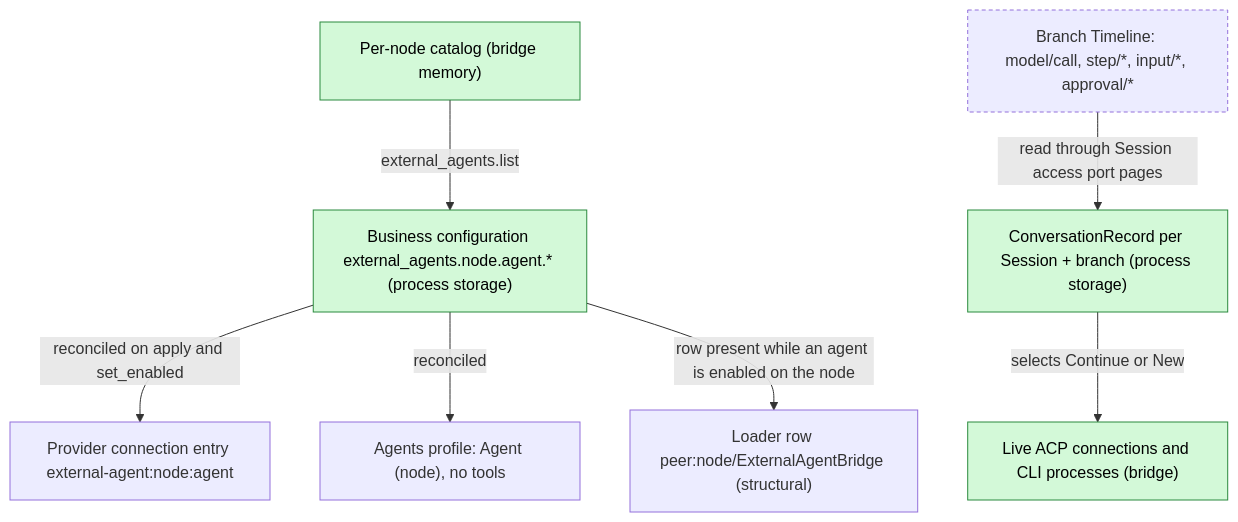
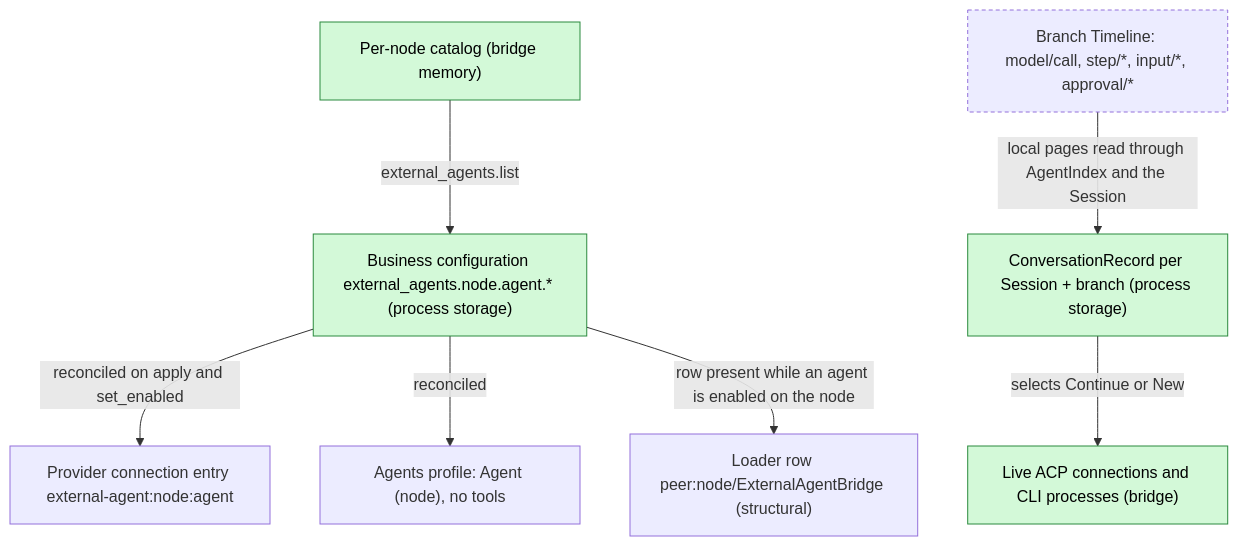
The second of 5 diagrams in docs/design/plugins/ExternalAgent.md (CoutinhoTTS/dim-agent), drawn with Mermaid before and after one commit. The commit also changed other lines of this file and 3 other files, not shown here.

````diff
--- a/docs/design/plugins/ExternalAgent.md
+++ b/docs/design/plugins/ExternalAgent.md
@@ -60,19 +56,19 @@
 ```mermaid
 flowchart TB
   classDef new fill:#d3f9d8,stroke:#2b8a3e,color:#000
   classDef contract stroke-dasharray:4 3
   Cfg["Business configuration external_agents.node.agent.* (process storage)"]:::new
   Row["Loader row peer:node/ExternalAgentBridge (structural)"]
   Conn["Provider connection entry external-agent:node:agent"]
   Prof["Agents profile: Agent (node), no tools"]
   Rec["ConversationRecord per Session + branch (process storage)"]:::new
   Cat["Per-node catalog (bridge memory)"]:::new
   Live["Live ACP connections and CLI processes (bridge)"]:::new
   TL["Branch Timeline: model/call, step/*, input/*, approval/*"]:::contract
   Cfg -->|"reconciled on apply and set_enabled"| Conn
   Cfg -->|"reconciled"| Prof
   Cfg -->|"row present while an agent is enabled on the node"| Row
-  TL -->|"read through Session access port pages"| Rec
+  TL -->|"local pages read through AgentIndex and the Session"| Rec
   Rec -->|"selects Continue or New"| Live
   Cat -->|"external_agents.list"| Cfg
 ```
````
